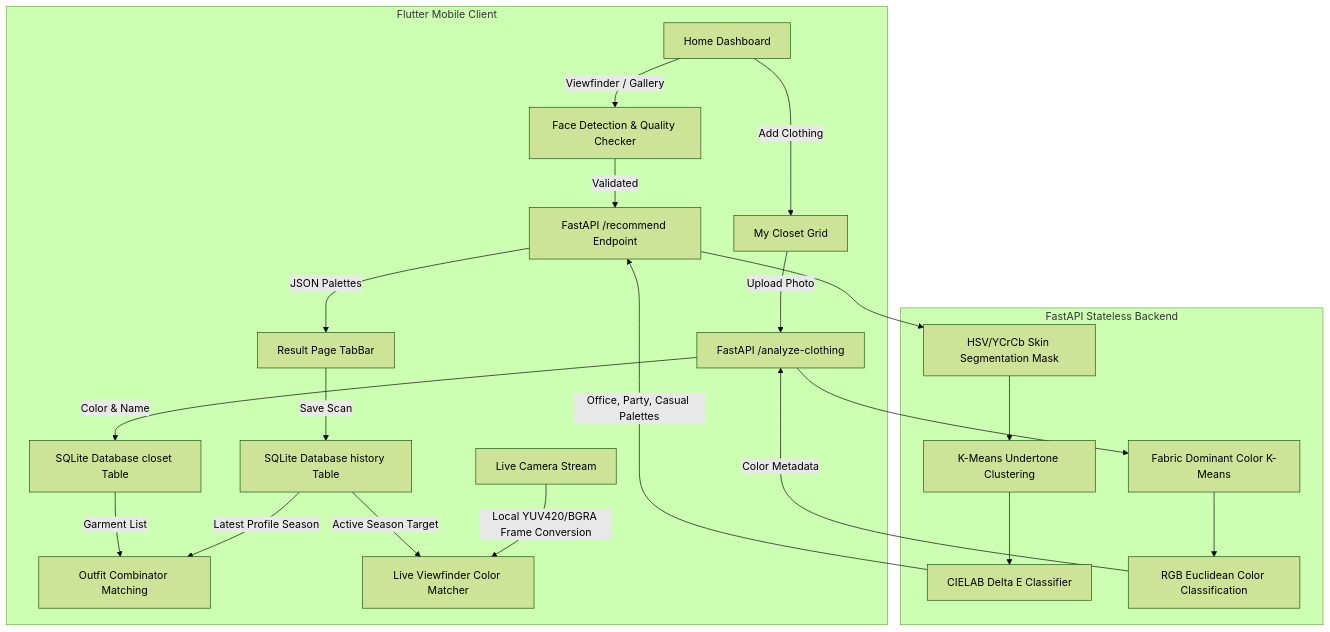
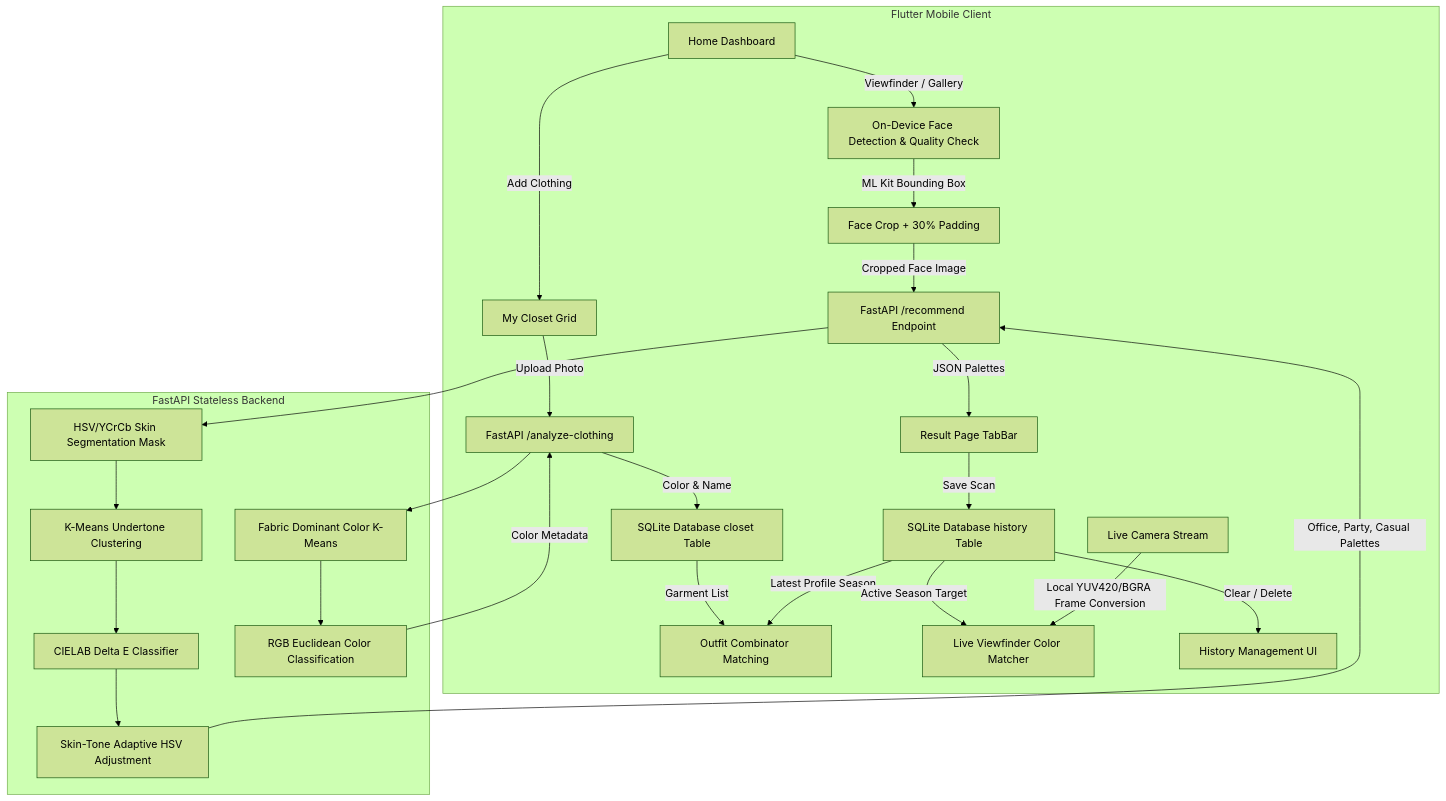
The diagram in README.md (Ganesh1110/StyleTone-AI), drawn with Mermaid (forest theme) before and after one commit. The commit also changed other lines of this file and 1 other file, not shown here.

Commit message:
feat: Add skin-tone adaptive color adjustment in image processor for personalized palettes

````diff
--- a/README.md
+++ b/README.md
@@ -86,35 +96,40 @@
 ```mermaid
 flowchart TD
     %% Client App
     subgraph Client [Flutter Mobile Client]
-        A[Home Dashboard] -->|Viewfinder / Gallery| B[Face Detection & Quality Checker]
-        B -- Validated --> C[FastAPI /recommend Endpoint]
+        A[Home Dashboard] -->|Viewfinder / Gallery| B[On-Device Face Detection & Quality Check]
+        B -- ML Kit Bounding Box --> B2[Face Crop + 30% Padding]
+        B2 -- Cropped Face Image --> C[FastAPI /recommend Endpoint]
         C -->|JSON Palettes| D[Result Page TabBar]
 
         %% Closet Subsystem
         A -->|Add Clothing| E[My Closet Grid]
         E -->|Upload Photo| F[FastAPI /analyze-clothing]
         F -->|Color & Name| G[SQLite Database closet Table]
 
         %% Matcher Subsystems
         G -->|Garment List| H[Outfit Combinator Matching]
         D -->|Save Scan| I[SQLite Database history Table]
         I -->|Latest Profile Season| H
         I -->|Active Season Target| J[Live Viewfinder Color Matcher]
 
+        %% History Management
+        I -->|Clear / Delete| K[History Management UI]
+
         %% Stream Loop
-        K[Live Camera Stream] -->|Local YUV420/BGRA Frame Conversion| J
+        L[Live Camera Stream] -->|Local YUV420/BGRA Frame Conversion| J
     end
 
     %% Backend Server
     subgraph Backend [FastAPI Stateless Backend]
-        C --> L[HSV/YCrCb Skin Segmentation Mask]
-        L --> M[K-Means Undertone Clustering]
-        M --> N[CIELAB Delta E Classifier]
-        N -->|Office, Party, Casual Palettes| C
+        C --> M[HSV/YCrCb Skin Segmentation Mask]
+        M --> N[K-Means Undertone Clustering]
+        N --> O[CIELAB Delta E Classifier]
+        O --> P[Skin-Tone Adaptive HSV Adjustment]
+        P -->|Office, Party, Casual Palettes| C
 
-        F --> O[Fabric Dominant Color K-Means]
-        O --> P[RGB Euclidean Color Classification]
-        P -->|Color Metadata| F
+        F --> Q[Fabric Dominant Color K-Means]
+        Q --> R[RGB Euclidean Color Classification]
+        R -->|Color Metadata| F
     end
 ```
````
